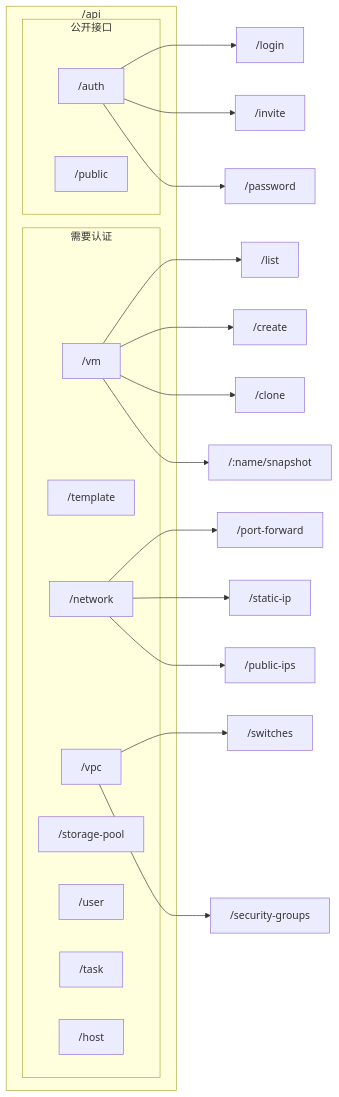
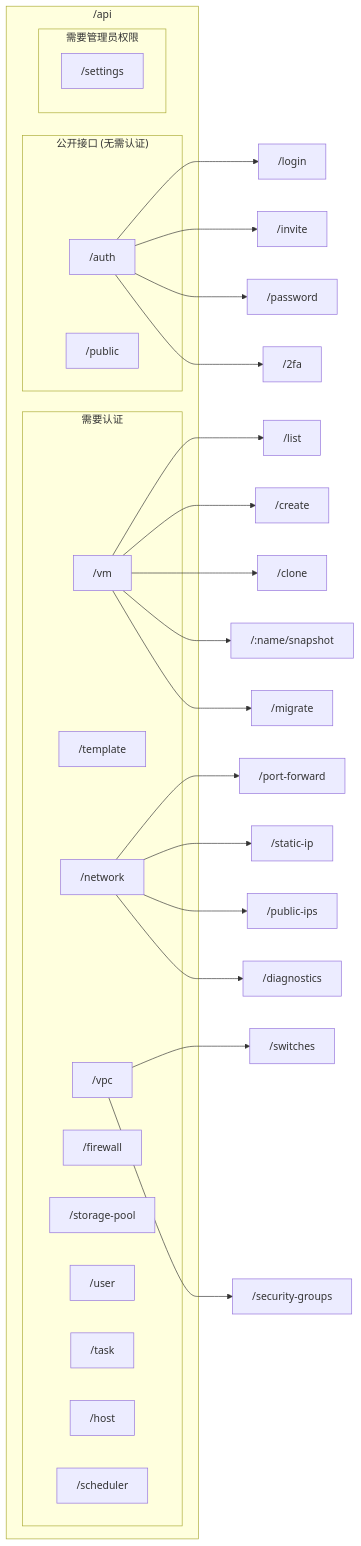
One commit to QVMConsole/docs changed the seventh of 18 diagrams in docs/feature-analysis/qvmconsole-architecture.mdx. Above: the diagram before and after it, drawn with Mermaid. The commit also changed other lines of this file, not shown here.

````diff
--- a/docs/feature-analysis/qvmconsole-architecture.mdx
+++ b/docs/feature-analysis/qvmconsole-architecture.mdx
@@ -127,36 +297,45 @@
 ```mermaid
 graph LR
     subgraph API["/api"]
-        subgraph 公开接口
+        subgraph 公开接口["公开接口 (无需认证)"]
             Auth["/auth"]
             Public["/public"]
         end
         
-        subgraph 需要认证
+        subgraph 认证接口["需要认证"]
             VM["/vm"]
             Template["/template"]
             Network["/network"]
             VPC["/vpc"]
+            Firewall["/firewall"]
             Storage["/storage-pool"]
             User["/user"]
             Task["/task"]
             Host["/host"]
+            Scheduler["/scheduler"]
+        end
+
+        subgraph 管理员接口["需要管理员权限"]
+            Settings["/settings"]
         end
     end
 
     Auth --> Login["/login"]
     Auth --> Register["/invite"]
     Auth --> Password["/password"]
+    Auth --> TwoFA["/2fa"]
     
     VM --> VMList["/list"]
     VM --> VMCreate["/create"]
     VM --> VMClone["/clone"]
     VM --> VMSnapshot["/:name/snapshot"]
+    VM --> VMMigrate["/migrate"]
     
     Network --> PortForward["/port-forward"]
     Network --> StaticIP["/static-ip"]
     Network --> PublicIP["/public-ips"]
+    Network --> Diagnostics["/diagnostics"]
     
     VPC --> Switch["/switches"]
     VPC --> SecurityGroup["/security-groups"]
 ```
````
